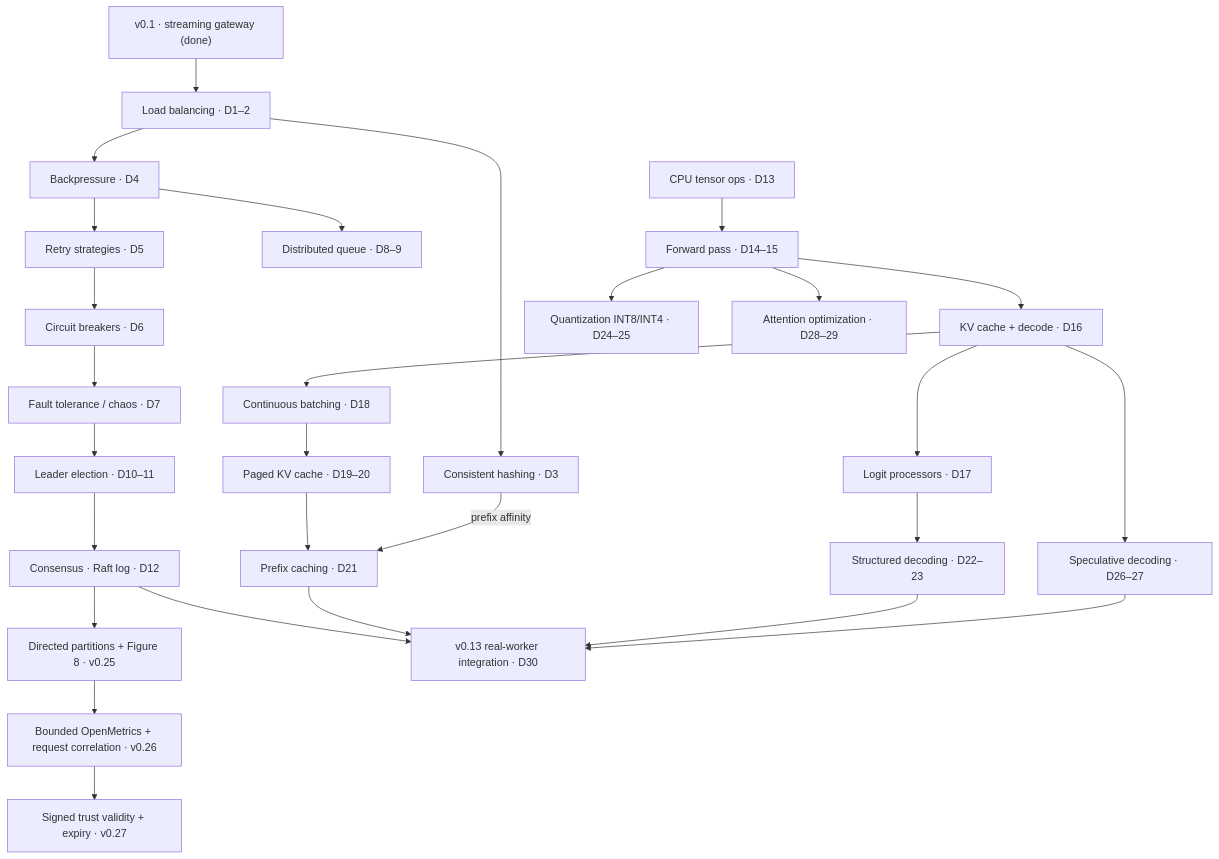
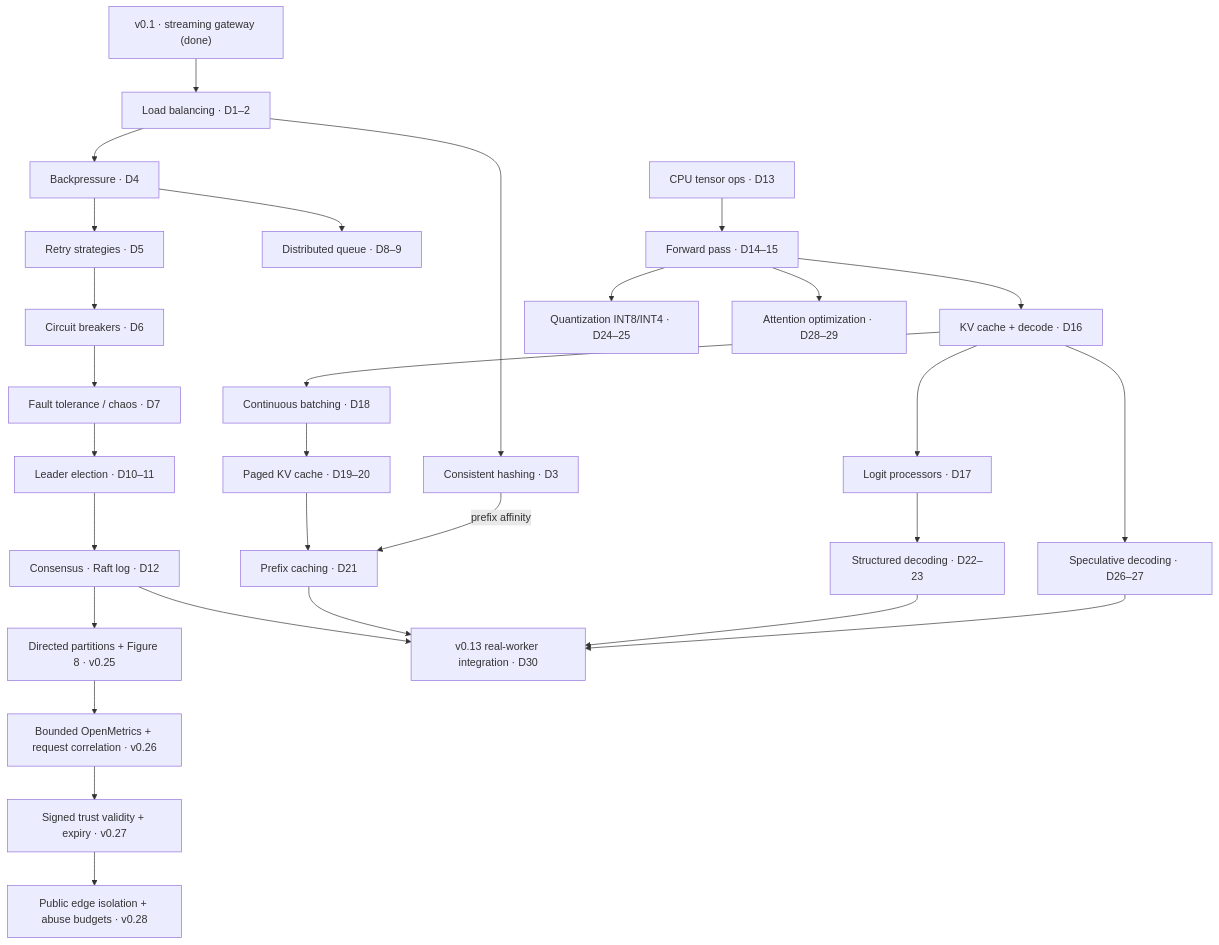
Before and after one commit to conan505/inferLab: the first of 3 diagrams in docs/plan-30-days.md, drawn with Mermaid. The commit also changed other lines of this file and 55 other files, not shown here.

Commit message:
feat(v0.28): isolate the hosted public edge

````diff
--- a/docs/plan-30-days.md
+++ b/docs/plan-30-days.md
@@ -11,31 +11,32 @@
 ```mermaid
 flowchart TD
     S["v0.1 · streaming gateway (done)"] --> LB["Load balancing · D1–2"]
     LB --> CH["Consistent hashing · D3"]
     LB --> BP["Backpressure · D4"]
     BP --> RT["Retry strategies · D5"]
     RT --> CB["Circuit breakers · D6"]
     CB --> FT["Fault tolerance / chaos · D7"]
     BP --> DQ["Distributed queue · D8–9"]
     FT --> LE["Leader election · D10–11"]
     LE --> CS["Consensus · Raft log · D12"]
     CS --> PART["Directed partitions + Figure 8 · v0.25"]
     PART --> OBS["Bounded OpenMetrics + request correlation · v0.26"]
     OBS --> EXP["Signed trust validity + expiry · v0.27"]
+    EXP --> EDGE["Public edge isolation + abuse budgets · v0.28"]
 
     S2["CPU tensor ops · D13"] --> FP["Forward pass · D14–15"]
     FP --> KV["KV cache + decode · D16"]
     KV --> LP["Logit processors · D17"]
     KV --> CBATCH["Continuous batching · D18"]
     CBATCH --> PKV["Paged KV cache · D19–20"]
     PKV --> PC["Prefix caching · D21"]
     CH -->|prefix affinity| PC
     LP --> SD["Structured decoding · D22–23"]
     FP --> QZ["Quantization INT8/INT4 · D24–25"]
     KV --> SPEC["Speculative decoding · D26–27"]
     FP --> ATT["Attention optimization · D28–29"]
     CS --> INT["v0.13 real-worker integration · D30"]
     PC --> INT
     SD --> INT
     SPEC --> INT
 ```
````
